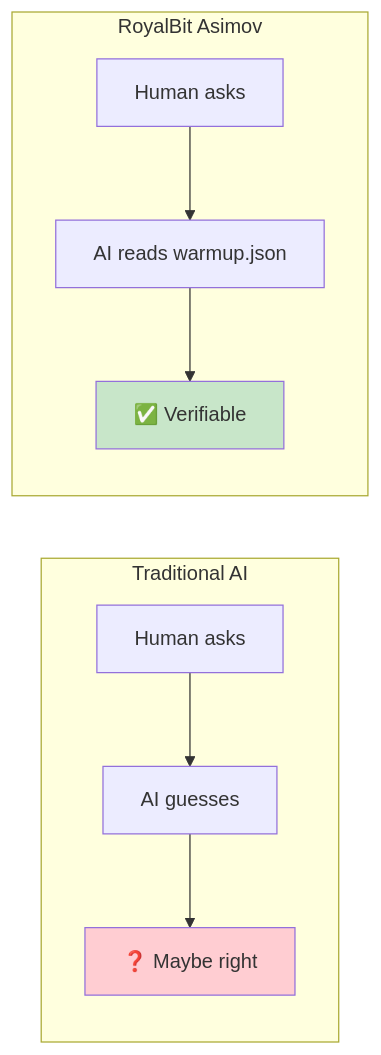
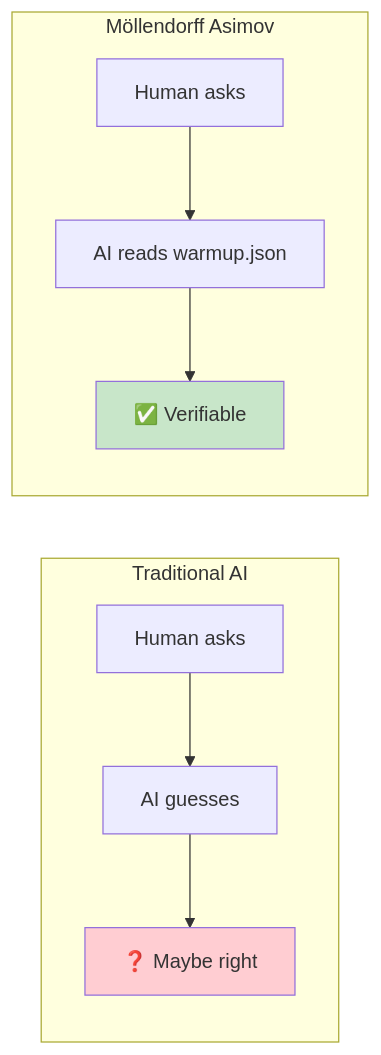
One commit to mollendorff-ai/daneel changed the second of 3 diagrams in research/AI_REALITY.md. Above: the diagram before and after it, drawn with Mermaid. The commit also changed other lines of this file and 75 other files, not shown here.

First line of the commit message:
feat: complete RoyalBit → Möllendorff rebrand, add OSS community files

````diff
--- a/research/AI_REALITY.md
+++ b/research/AI_REALITY.md
@@ -433,14 +433,14 @@
 ```mermaid
 flowchart LR
     subgraph trad["Traditional AI"]
         A1["Human asks"] --> A2["AI guesses"]
         A2 --> A3["❓ Maybe right"]
     end
-    subgraph forge["RoyalBit Asimov"]
+    subgraph forge["Möllendorff Asimov"]
         B1["Human asks"] --> B2["AI reads warmup.json"]
         B2 --> B3["✅ Verifiable"]
     end
 
     style A3 fill:#ffcdd2
     style B3 fill:#c8e6c9
 ```
````
